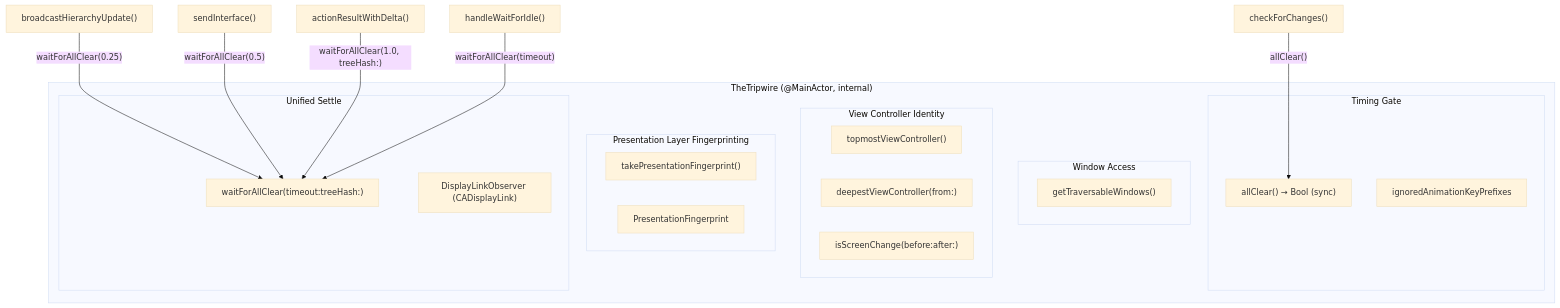
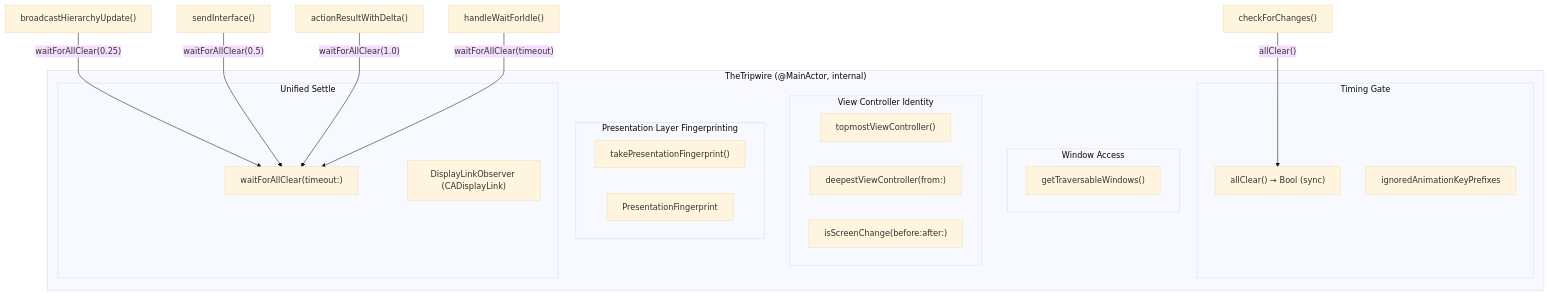
One commit to RoyalPineapple/TheButtonHeist changed the first of 3 diagrams in docs/dossiers/14-THETRIPWIRE.md. Above: the diagram before and after it, drawn with Mermaid (base theme). The commit also changed other lines of this file and 4 other files, not shown here.

First line of the commit message:
Add TripwireIntegrationTests, fix stale treeHash docs

````diff
--- a/docs/dossiers/14-THETRIPWIRE.md
+++ b/docs/dossiers/14-THETRIPWIRE.md
@@ -20,35 +20,35 @@
 ```mermaid
 graph TD
     subgraph TheTripwire["TheTripwire (@MainActor, internal)"]
         subgraph Windows["Window Access"]
             GetWindows["getTraversableWindows()"]
         end
 
         subgraph VCIdentity["View Controller Identity"]
             TopVC["topmostViewController()"]
             DeepVC["deepestViewController(from:)"]
             ScreenChange["isScreenChange(before:after:)"]
         end
 
         subgraph TimingGate["Timing Gate"]
             AllClear["allClear() → Bool (sync)"]
             IgnoredPrefixes["ignoredAnimationKeyPrefixes"]
         end
 
         subgraph Fingerprint["Presentation Layer Fingerprinting"]
             TakeFP["takePresentationFingerprint()"]
             FPStruct["PresentationFingerprint"]
         end
 
         subgraph Settling["Unified Settle"]
-            WaitAllClear["waitForAllClear(timeout:treeHash:)"]
+            WaitAllClear["waitForAllClear(timeout:)"]
             DisplayLink["DisplayLinkObserver (CADisplayLink)"]
         end
     end
 
     Polling["checkForChanges()"] -->|"allClear()"| AllClear
     Debounce["broadcastHierarchyUpdate()"] -->|"waitForAllClear(0.25)"| WaitAllClear
     SendIF["sendInterface()"] -->|"waitForAllClear(0.5)"| WaitAllClear
-    ActionResult["actionResultWithDelta()"] -->|"waitForAllClear(1.0, treeHash:)"| WaitAllClear
+    ActionResult["actionResultWithDelta()"] -->|"waitForAllClear(1.0)"| WaitAllClear
     WaitIdle["handleWaitForIdle()"] -->|"waitForAllClear(timeout)"| WaitAllClear
 ```
````
